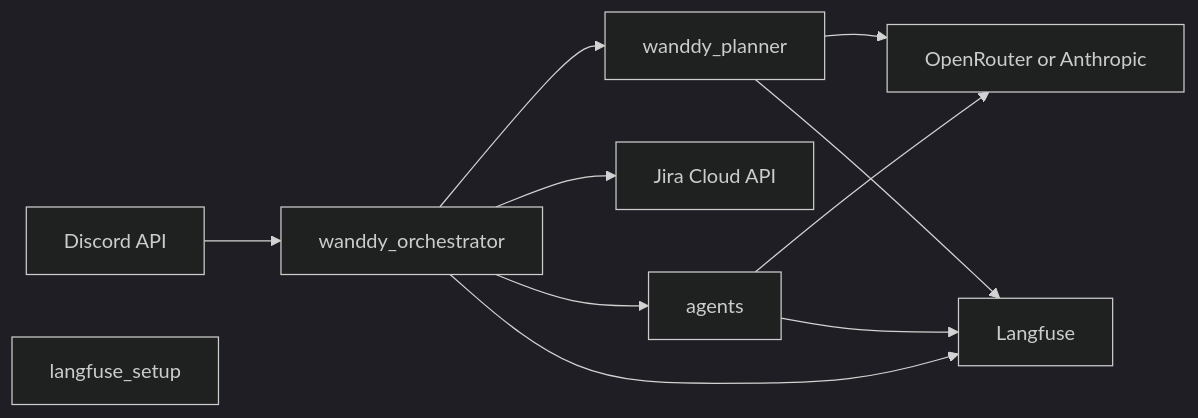
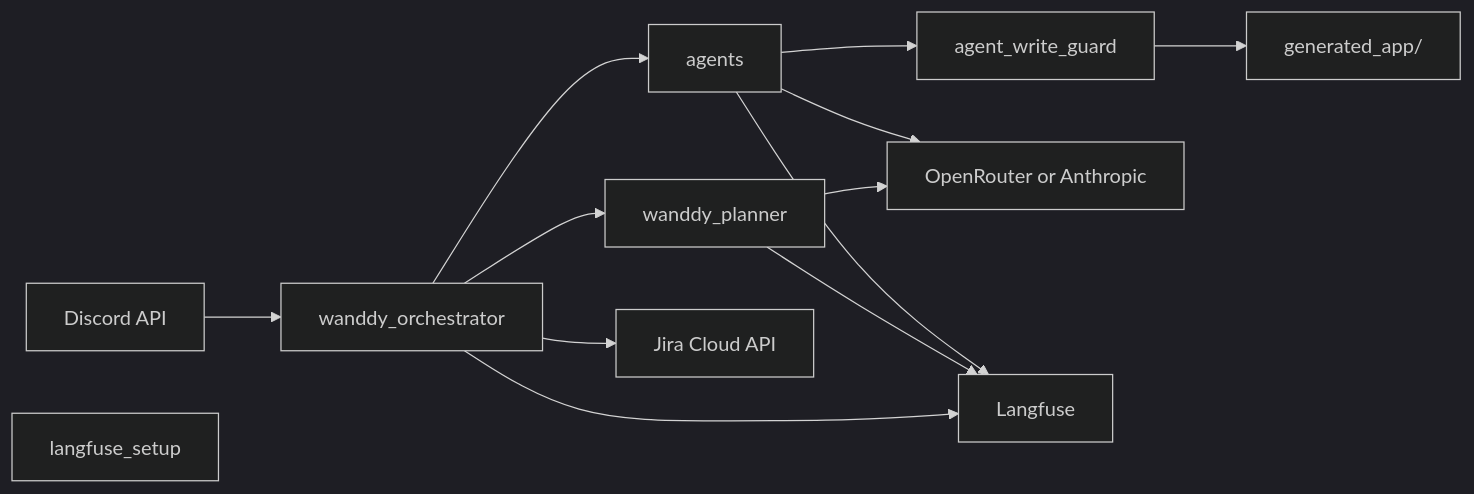
One commit to jigar8487/MDCA-democode changed the diagram in README.md. Above: the diagram before and after it, drawn with Mermaid (dark theme). The commit also changed other lines of this file, not shown here.

Commit message:
docs: align README with generated_app sample, CI scope, and diagram

````diff
--- a/README.md
+++ b/README.md
@@ -19,20 +19,24 @@
 ```mermaid
 flowchart LR
   Discord[Discord API]
   Orch[wanddy_orchestrator]
   Planner[wanddy_planner]
   Agents[agents]
+  Guard[agent_write_guard]
+  GenApp["generated_app/"]
   LF[langfuse_setup]
   Jira[Jira Cloud API]
   LLM[OpenRouter or Anthropic]
   Langfuse[Langfuse]
   Discord --> Orch
   Orch --> Planner
   Orch --> Jira
   Orch --> Agents
+  Agents --> Guard
+  Guard --> GenApp
   Planner --> LLM
   Agents --> LLM
   Orch --> Langfuse
   Planner --> Langfuse
   Agents --> Langfuse
 ```
````
